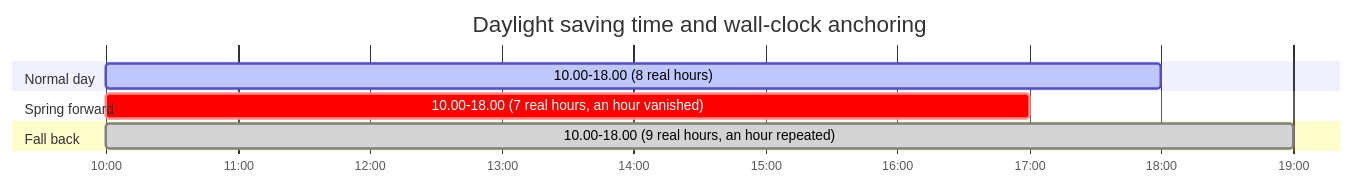
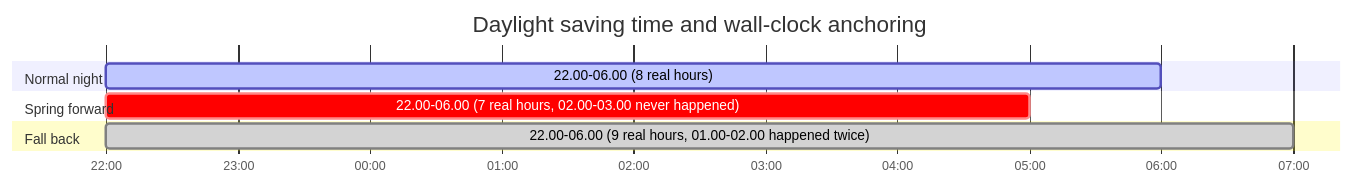
One commit to SticksDev/portfolio changed the fourth of 7 diagrams in content/blog/whattimeto-engine.md. Above: the diagram before and after it, drawn with Mermaid. The commit also changed other lines of this file and 2 other files, not shown here.

Commit message:
minor blog correction and fix mermaid overflow

````diff
--- a/content/blog/whattimeto-engine.md
+++ b/content/blog/whattimeto-engine.md
@@ -110,12 +110,12 @@
 ```mermaid
 gantt
     title Daylight saving time and wall-clock anchoring
     dateFormat HH:mm
     axisFormat %H:%M
-    section Normal day
-    10.00-18.00 (8 real hours) :active, 10:00, 8h
+    section Normal night
+    22.00-06.00 (8 real hours) :active, 22:00, 8h
     section Spring forward
-    10.00-18.00 (7 real hours, an hour vanished) :crit, 10:00, 7h
+    22.00-06.00 (7 real hours, 02.00-03.00 never happened) :crit, 22:00, 7h
     section Fall back
-    10.00-18.00 (9 real hours, an hour repeated) :done, 10:00, 9h
+    22.00-06.00 (9 real hours, 01.00-02.00 happened twice) :done, 22:00, 9h
 ```
````
